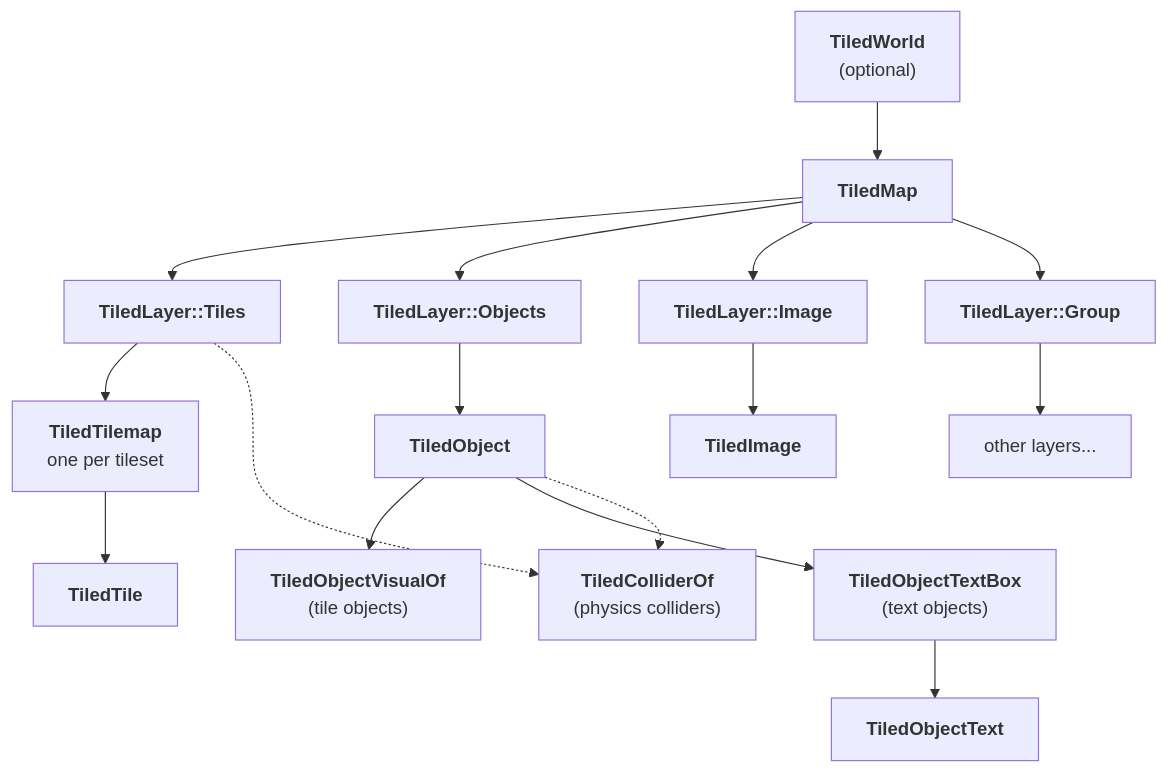
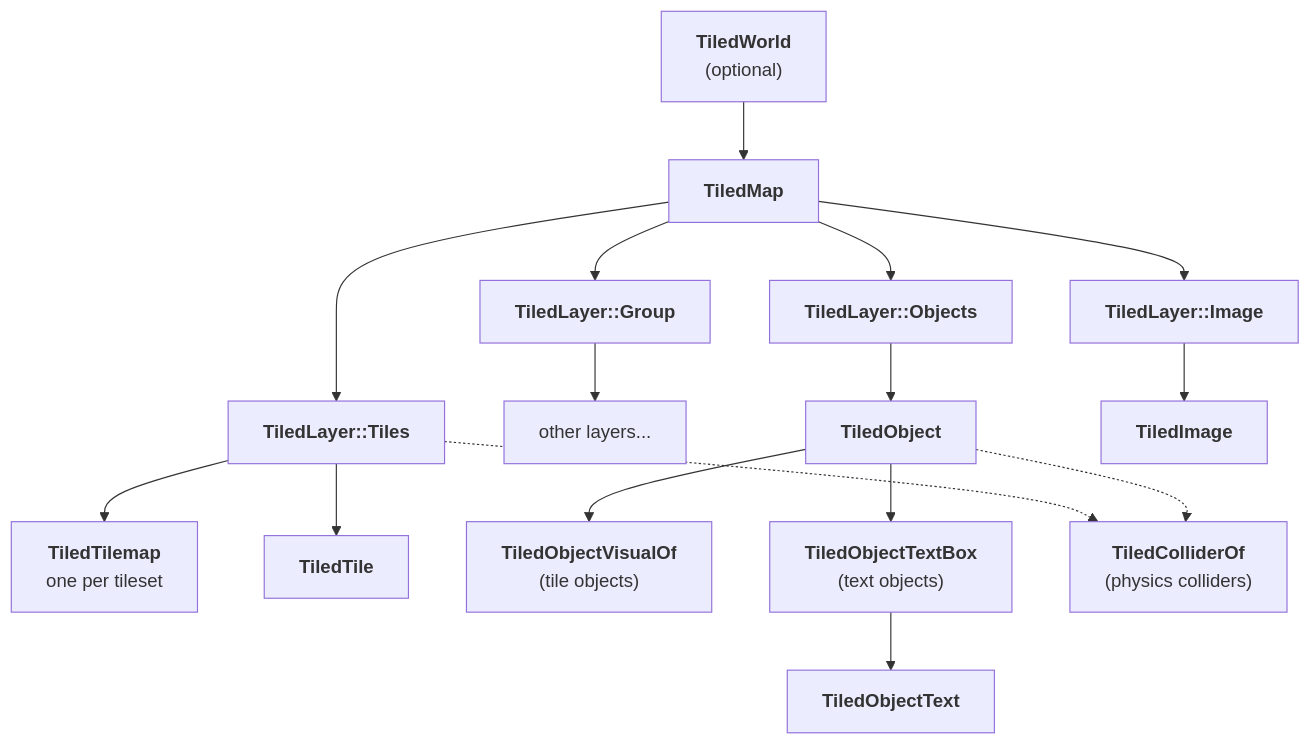
One commit to adrien-bon/bevy_ecs_tiled changed the diagram in book/src/design/entities_hierarchy.md. Above: the diagram before and after it, drawn with Mermaid. The commit also changed other lines of this file and 25 other files, not shown here.

````diff
--- a/book/src/design/entities_hierarchy.md
+++ b/book/src/design/entities_hierarchy.md
@@ -13,29 +13,29 @@
 ```mermaid
 flowchart TD
     W["<b>TiledWorld</b><br/>(optional)"]
     M["<b>TiledMap</b>"]
     LT["<b>TiledLayer::Tiles</b>"]
     LO["<b>TiledLayer::Objects</b>"]
     LI["<b>TiledLayer::Image</b>"]
     LG["<b>TiledLayer::Group</b>"]
     LS["other layers..."]
     T["<b>TiledTilemap</b><br/>one per tileset"]
     TI["<b>TiledTile</b>"]
     O["<b>TiledObject</b>"]
     OV["<b>TiledObjectVisualOf</b><br/>(tile objects)"]
     OB["<b>TiledObjectTextBox</b><br/>(text objects)"]
     OT["<b>TiledObjectText</b>"]
     I["<b>TiledImage</b>"]
     C["<b>TiledColliderOf</b><br/>(physics colliders)"]
 
     W --> M
     M --> LT & LO & LI & LG
     LG --> LS
-    LT --> T --> TI
+    LT --> T & TI
     LO --> O
     O --> OV
     O --> OB --> OT
     LI --> I
     LT -.-> C
     O -.-> C
 ```
````
